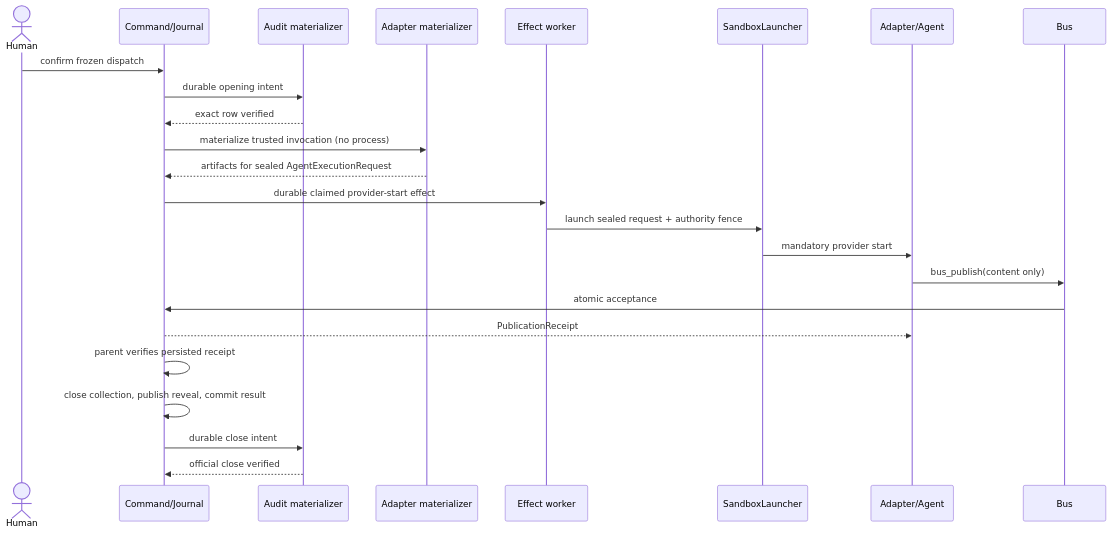
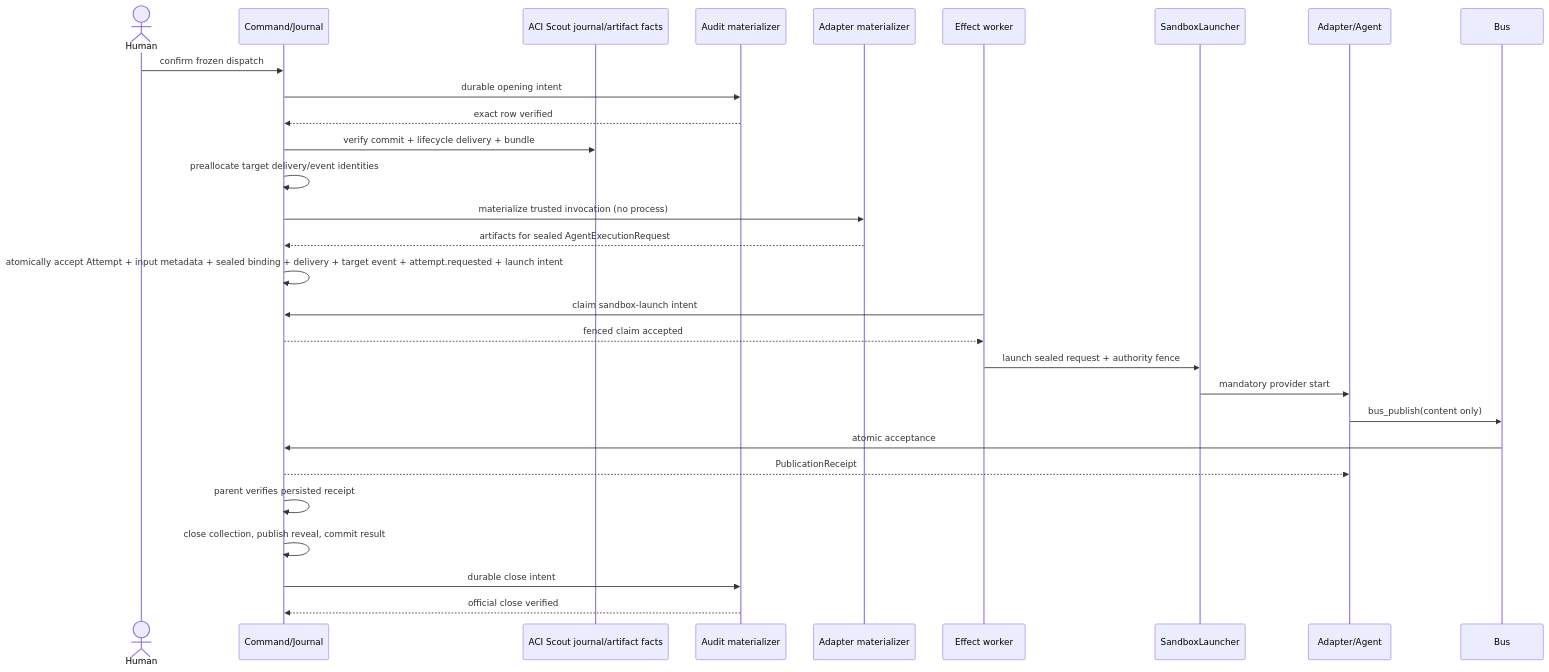
The second of 2 diagrams in docs/features/agents-communication-infra/specs/architecture.md (VictorBoscaro/cyberalchemy-orchestrator), drawn with Mermaid before and after one commit. The commit also changed other lines of this file and 11 other files, not shown here.

````diff
--- a/docs/features/agents-communication-infra/specs/architecture.md
+++ b/docs/features/agents-communication-infra/specs/architecture.md
@@ -93,26 +113,31 @@
 ```mermaid
 sequenceDiagram
   actor H as Human
   participant J as Command/Journal
+  participant R as ACI Scout journal/artifact facts
   participant L as Audit materializer
   participant M as Adapter materializer
   participant E as Effect worker
   participant S as SandboxLauncher
   participant A as Adapter/Agent
   participant B as Bus
   H->>J: confirm frozen dispatch
   J->>L: durable opening intent
   L-->>J: exact row verified
+  J->>R: verify commit + lifecycle delivery + bundle
+  J->>J: preallocate target delivery/event identities
   J->>M: materialize trusted invocation (no process)
   M-->>J: artifacts for sealed AgentExecutionRequest
-  J->>E: durable claimed provider-start effect
+  J->>J: atomically accept Attempt + input metadata + sealed binding + delivery + target event + attempt.requested + launch intent
+  E->>J: claim sandbox-launch intent
+  J-->>E: fenced claim accepted
   E->>S: launch sealed request + authority fence
   S->>A: mandatory provider start
   A->>B: bus_publish(content only)
   B->>J: atomic acceptance
   J-->>A: PublicationReceipt
   J->>J: parent verifies persisted receipt
   J->>J: close collection, publish reveal, commit result
   J->>L: durable close intent
   L-->>J: official close verified
 ```
````
